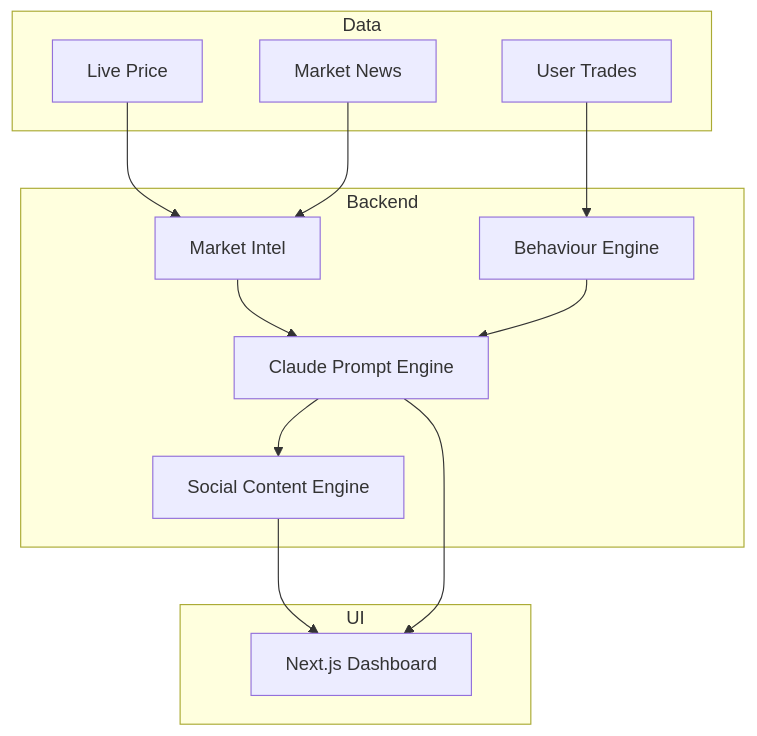
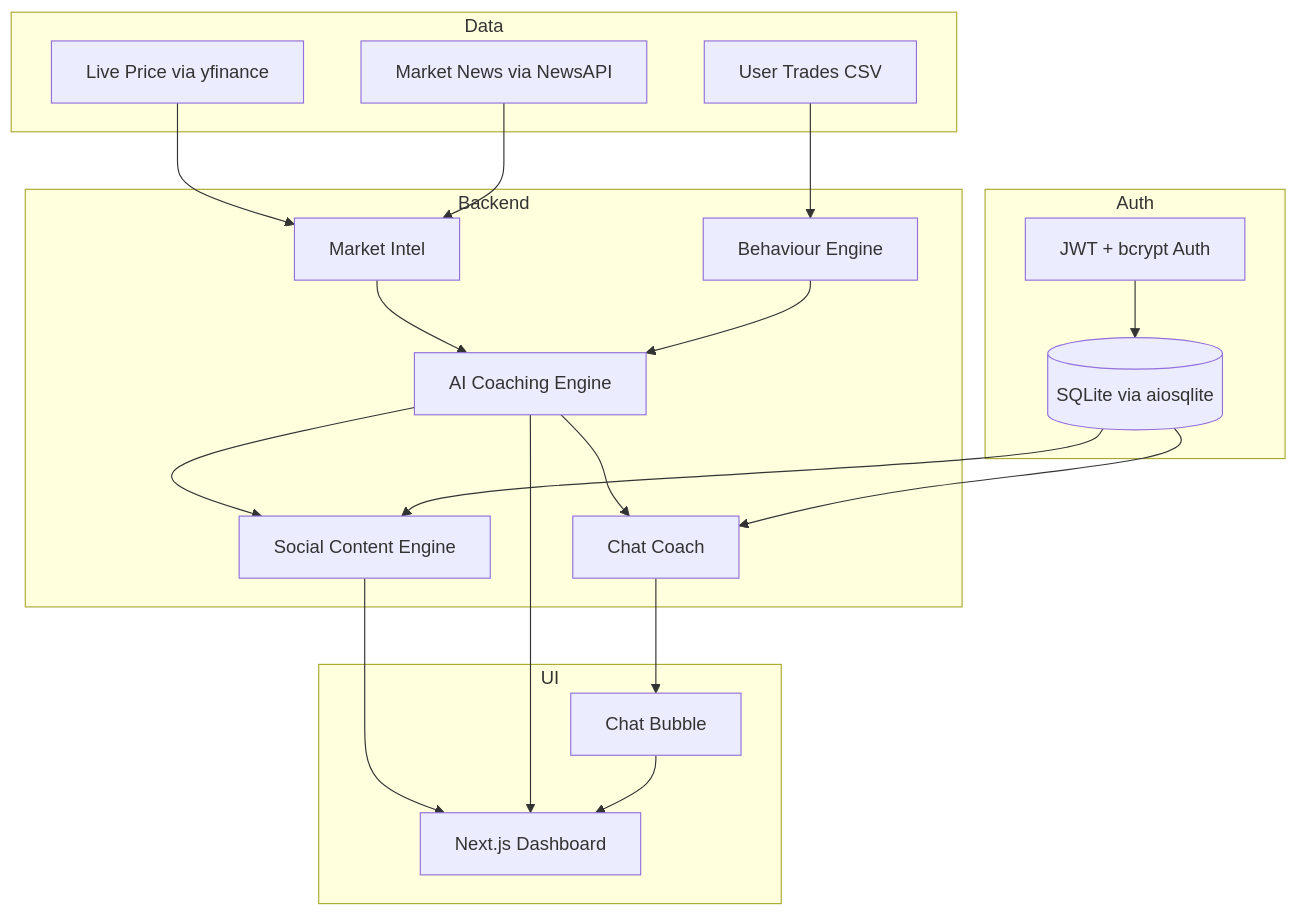
Before and after one commit to HelixEdge/MarketMind: the diagram in Claude.md, drawn with Mermaid. The commit also changed other lines of this file, not shown here.

First line of the commit message:
Update Claude.md with full architecture and feature documentation

````diff
--- a/Claude.md
+++ b/Claude.md
@@ -70,29 +70,42 @@
 ```mermaid
 graph TD
 
 subgraph Data
-P[Live Price]
-N[Market News]
-T[User Trades]
+P[Live Price via yfinance]
+N[Market News via NewsAPI]
+T[User Trades CSV]
+end
+
+subgraph Auth
+A[JWT + bcrypt Auth]
+DB[(SQLite via aiosqlite)]
 end
 
 subgraph Backend
 M[Market Intel]
 B[Behaviour Engine]
-C[Claude Prompt Engine]
+AI[AI Coaching Engine]
 S[Social Content Engine]
+CH[Chat Coach]
 end
 
 subgraph UI
 D[Next.js Dashboard]
+CB[Chat Bubble]
 end
 
 P --> M
 N --> M
 T --> B
-M --> C
-B --> C
-C --> S
+M --> AI
+B --> AI
+AI --> S
+AI --> CH
 S --> D
-C --> D
+AI --> D
+CH --> CB
+CB --> D
+A --> DB
+DB --> CH
+DB --> S
 ```
````
